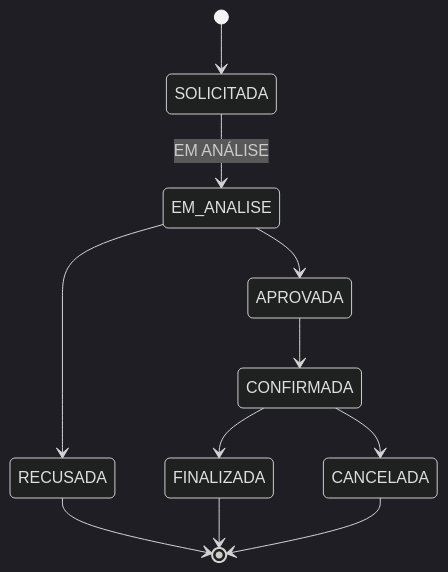
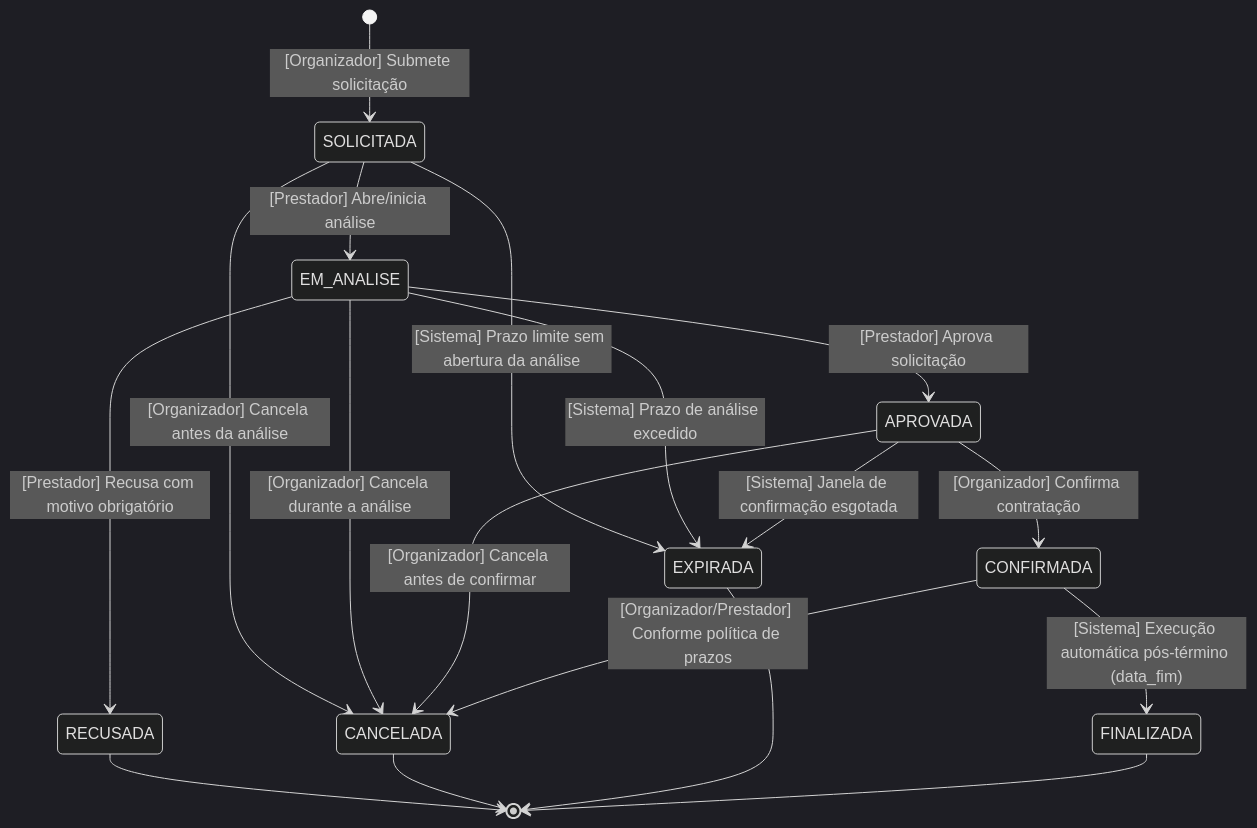
The diagram in docs/REQUISITOS.md (dudanegreiro/EventFy), drawn with Mermaid (dark theme) before and after one commit. The commit also changed other lines of this file and 10 other files, not shown here.

````diff
--- a/docs/REQUISITOS.md
+++ b/docs/REQUISITOS.md
@@ -415,13 +414,25 @@
 ```mermaid
 stateDiagram-v2
-    [*] --> SOLICITADA
-    SOLICITADA --> EM_ANALISE : EM ANÁLISE
-    EM_ANALISE --> APROVADA
-    EM_ANALISE --> RECUSADA
-    APROVADA --> CONFIRMADA
-    CONFIRMADA --> FINALIZADA
-    CONFIRMADA --> CANCELADA
+    [*] --> SOLICITADA : [Organizador] Submete solicitação
+
+    SOLICITADA --> EM_ANALISE : [Prestador] Abre/inicia análise
+    SOLICITADA --> CANCELADA : [Organizador] Cancela antes da análise
+    SOLICITADA --> EXPIRADA : [Sistema] Prazo limite sem abertura da análise
+
+    EM_ANALISE --> APROVADA : [Prestador] Aprova solicitação
+    EM_ANALISE --> RECUSADA : [Prestador] Recusa com motivo obrigatório
+    EM_ANALISE --> CANCELADA : [Organizador] Cancela durante a análise
+    EM_ANALISE --> EXPIRADA : [Sistema] Prazo de análise excedido
+
+    APROVADA --> CONFIRMADA : [Organizador] Confirma contratação
+    APROVADA --> CANCELADA : [Organizador] Cancela antes de confirmar
+    APROVADA --> EXPIRADA : [Sistema] Janela de confirmação esgotada
+
+    CONFIRMADA --> FINALIZADA : [Sistema] Execução automática pós-término (data_fim)
+    CONFIRMADA --> CANCELADA : [Organizador/Prestador] Conforme política de prazos
+
     RECUSADA --> [*]
+    CANCELADA --> [*]
+    EXPIRADA --> [*]
     FINALIZADA --> [*]
-    CANCELADA --> [*]
 ```
````
